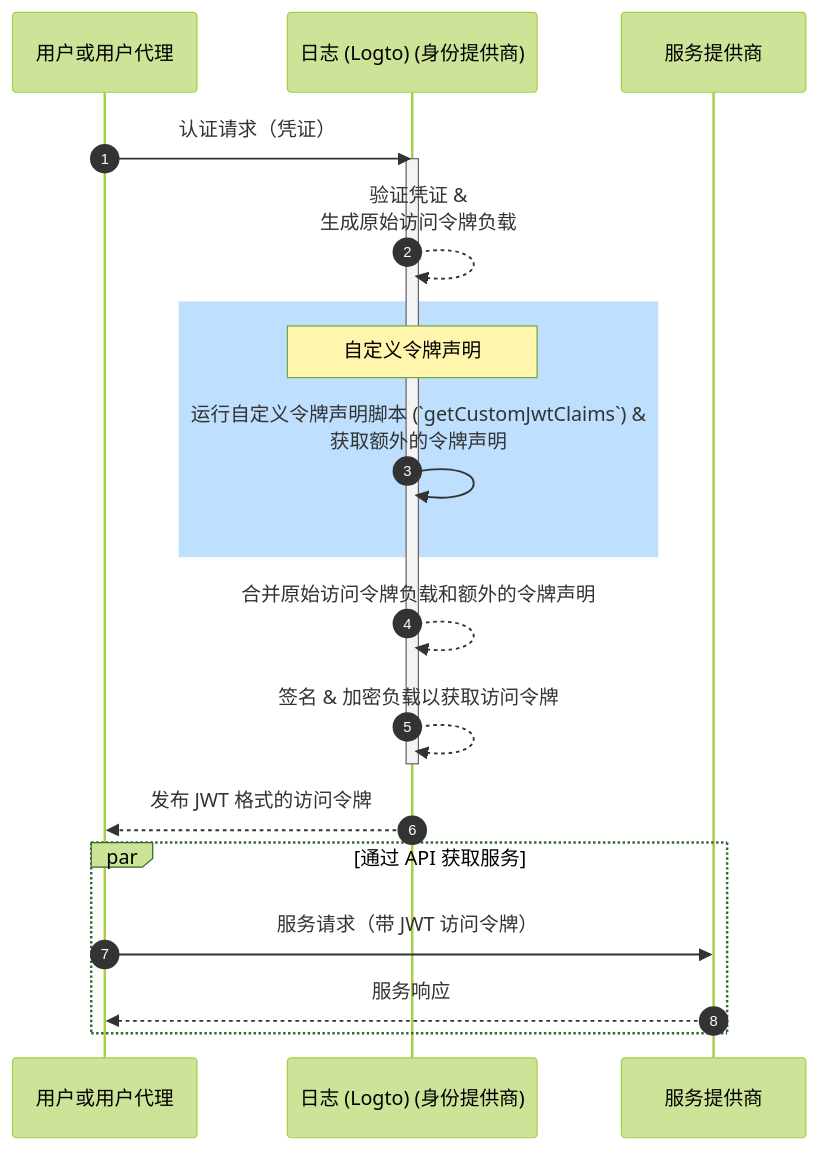
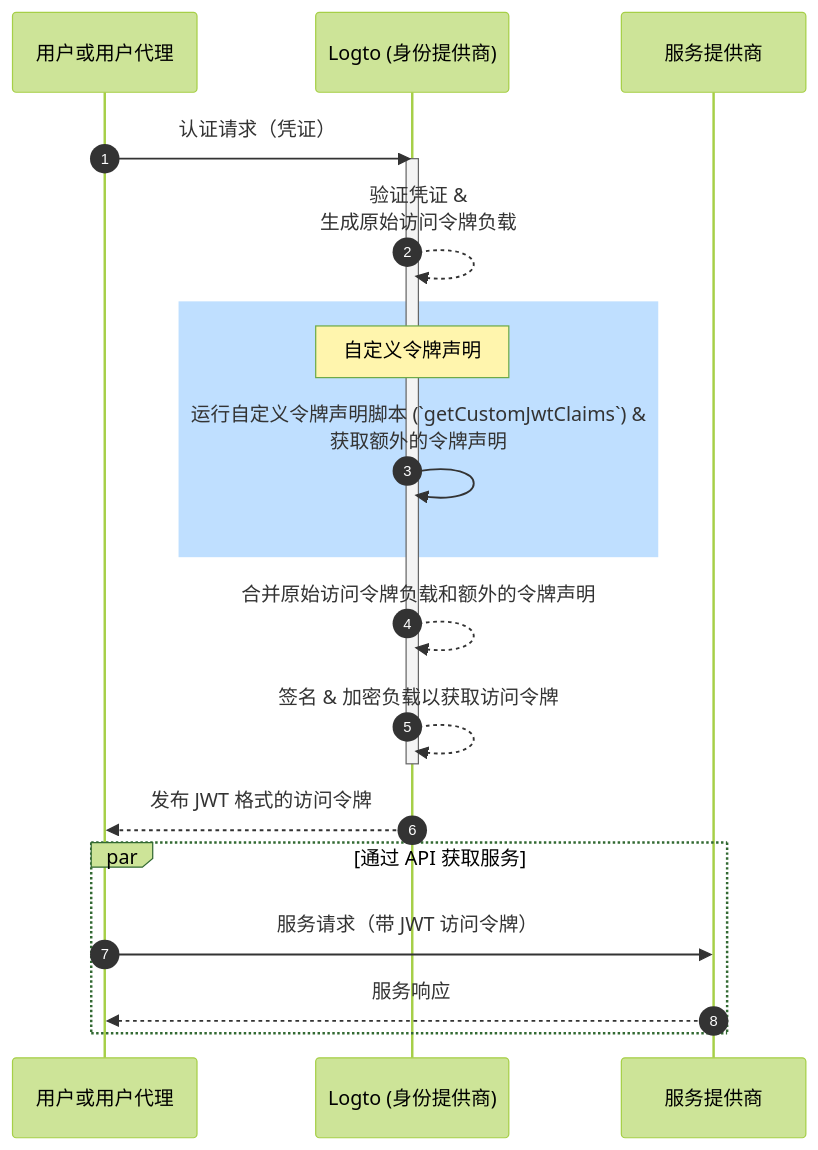
The diagram in i18n/zh-CN/docusaurus-plugin-content-docs/current/developers/custom-token-claims/README.mdx (logto-io/docs), drawn with Mermaid (forest theme) before and after one commit. The commit also changed other lines of this file and 77 other files, not shown here.

````diff
--- a/i18n/zh-CN/docusaurus-plugin-content-docs/current/developers/custom-token-claims/README.mdx
+++ b/i18n/zh-CN/docusaurus-plugin-content-docs/current/developers/custom-token-claims/README.mdx
@@ -24,23 +24,23 @@
 ```mermaid
 sequenceDiagram
   participant U as 用户或用户代理
-  participant IdP as 日志 (Logto) (身份提供商)
+  participant IdP as  Logto (身份提供商)
   participant SP as 服务提供商
 
   autonumber
   U ->> IdP: 认证请求（凭证）
   activate IdP
   IdP-->>IdP: 验证凭证 &<br/>生成原始访问令牌负载
   rect rgb(191, 223, 255)
   note over IdP: 自定义令牌声明
   IdP->>IdP: 运行自定义令牌声明脚本 (`getCustomJwtClaims`) &<br/>获取额外的令牌声明
   end
   IdP-->>IdP: 合并原始访问令牌负载和额外的令牌声明
   IdP-->>IdP: 签名 & 加密负载以获取访问令牌
   deactivate IdP
   IdP-->>U: 发布 JWT 格式的访问令牌
   par 通过 API 获取服务
   U->>SP: 服务请求（带 JWT 访问令牌）
   SP-->>U: 服务响应
   end
 ```
````
